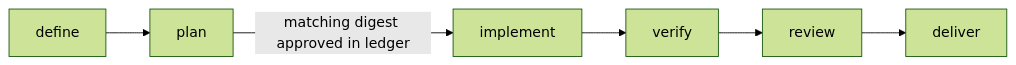
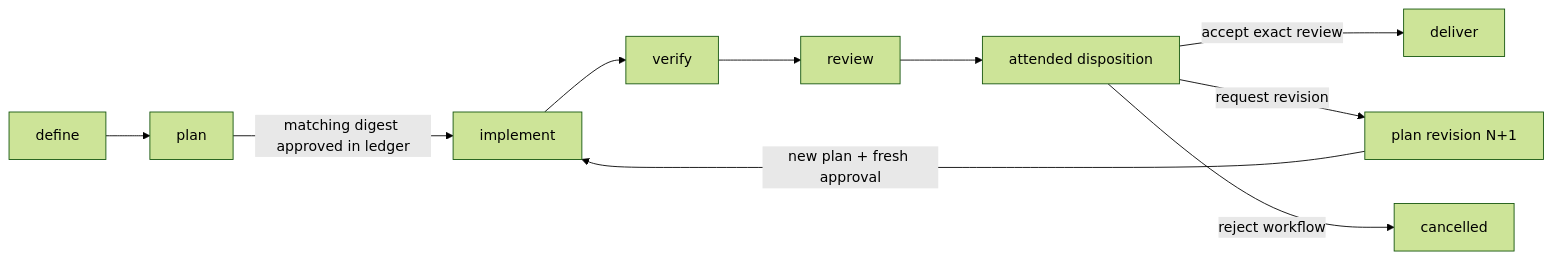
The diagram in docs/02-workflow-state.md (forgegod/daidala), drawn with Mermaid (forest theme) before and after one commit. The commit also changed other lines of this file and 19 other files, not shown here.

First line of the commit message:
docs(review): document attended revision workflow

````diff
--- a/docs/02-workflow-state.md
+++ b/docs/02-workflow-state.md
@@ -48,8 +52,12 @@
 ```mermaid
 flowchart LR
     D["define"] --> P["plan"]
     P -->|"matching digest approved in ledger"| I["implement"]
     I --> V["verify"]
     V --> R["review"]
-    R --> DL["deliver"]
+    R --> HD["attended disposition"]
+    HD -->|"accept exact review"| DL["deliver"]
+    HD -->|"request revision"| PN["plan revision N+1"]
+    PN -->|"new plan + fresh approval"| I
+    HD -->|"reject workflow"| X["cancelled"]
 ```
````
